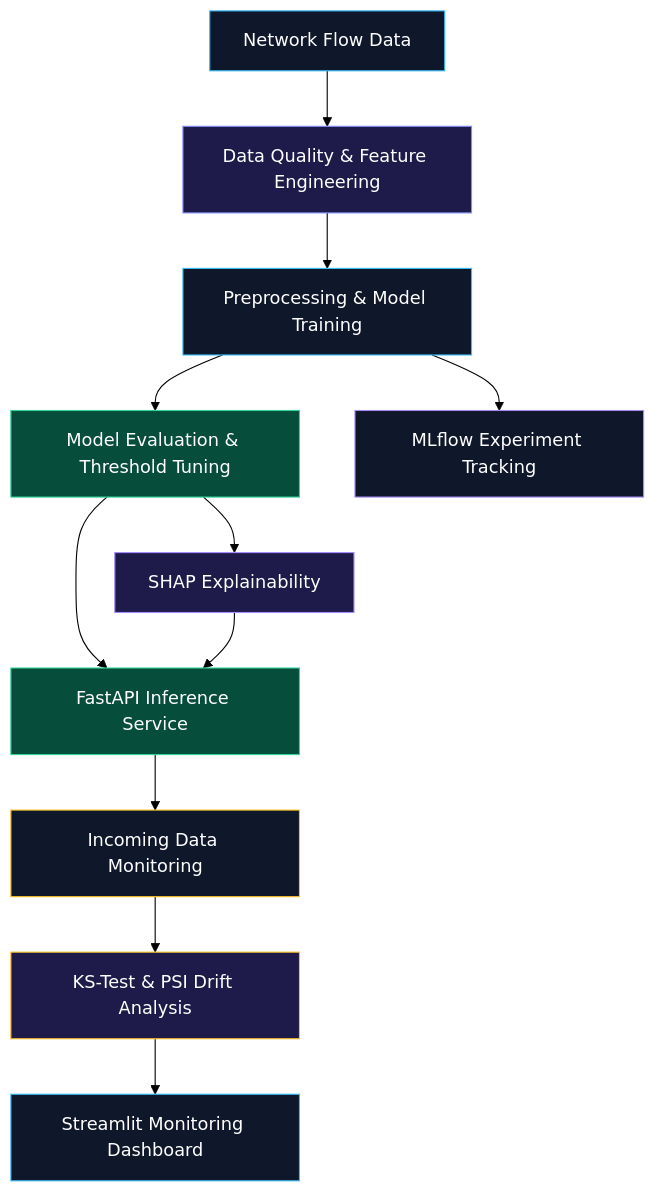
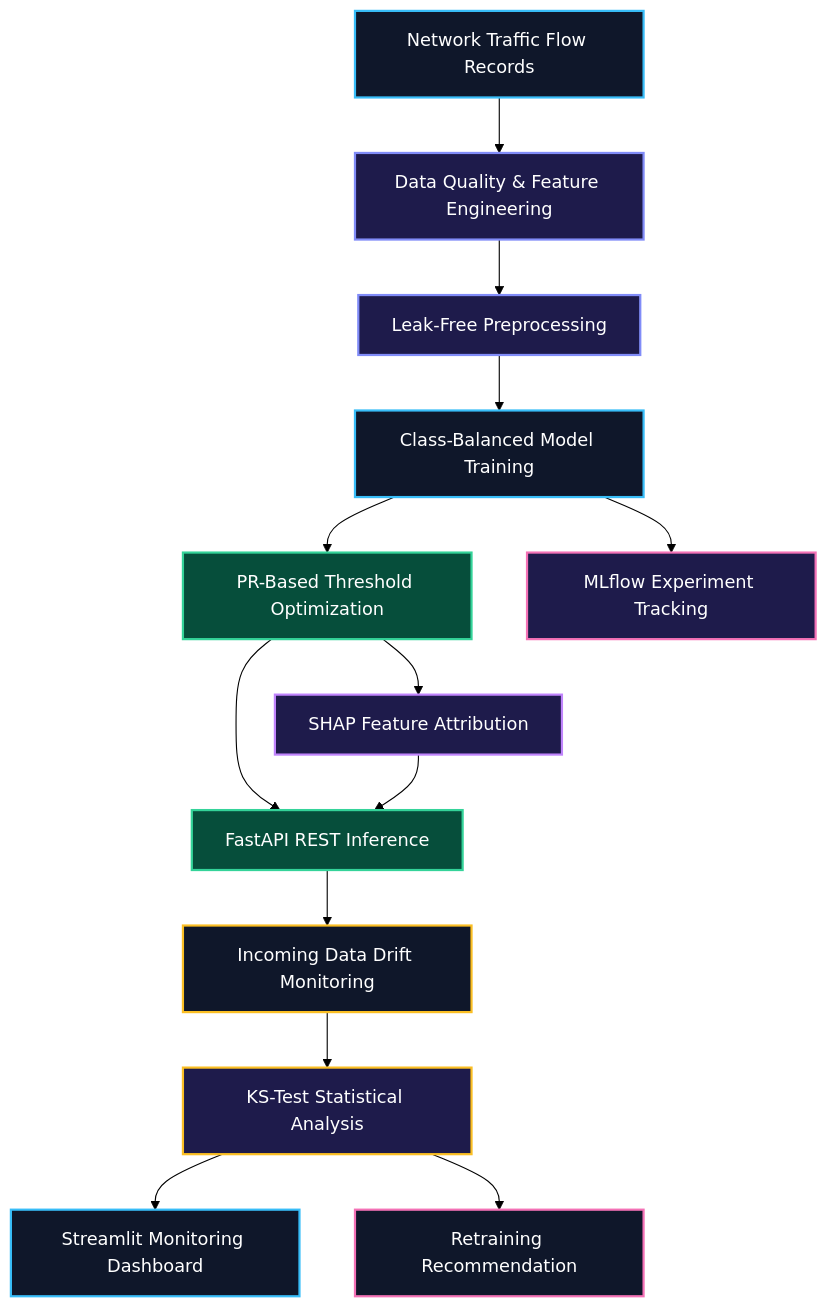
The diagram in README.md (Aditya70-creator/SentinelML), drawn with Mermaid (forest theme) before and after one commit. The commit also changed other lines of this file, not shown here.

````diff
--- a/README.md
+++ b/README.md
@@ -45,24 +49,28 @@
 ```mermaid
 flowchart TD
-    A["Network Flow Data"] --> B["Data Quality & Feature Engineering"]
-    B --> C["Preprocessing & Model Training"]
-    C --> D["Model Evaluation & Threshold Tuning"]
-    C --> I["MLflow Experiment Tracking"]
-    D --> E["SHAP Explainability"]
-    D --> F["FastAPI Inference Service"]
-    E --> F
-    F --> G["Incoming Data Monitoring"]
-    G --> H["KS-Test & PSI Drift Analysis"]
-    H --> J["Streamlit Monitoring Dashboard"]
+    A["Network Traffic Flow Records"] --> B["Data Quality & Feature Engineering"]
+    B --> C["Leak-Free Preprocessing"]
+    C --> D["Class-Balanced Model Training"]
+    D --> E["PR-Based Threshold Optimization"]
+    D --> H["MLflow Experiment Tracking"]
+    E --> F["SHAP Feature Attribution"]
+    E --> G["FastAPI REST Inference"]
+    F --> G
+    G --> I["Incoming Data Drift Monitoring"]
+    I --> J["KS-Test Statistical Analysis"]
+    J --> K["Streamlit Monitoring Dashboard"]
+    J --> L["Retraining Recommendation"]
 
-    style A fill:#0f172a,stroke:#38bdf8,color:#ffffff
-    style B fill:#1e1b4b,stroke:#818cf8,color:#ffffff
-    style C fill:#0f172a,stroke:#38bdf8,color:#ffffff
-    style D fill:#064e3b,stroke:#34d399,color:#ffffff
-    style E fill:#1e1b4b,stroke:#a78bfa,color:#ffffff
-    style F fill:#064e3b,stroke:#34d399,color:#ffffff
-    style G fill:#0f172a,stroke:#fbbf24,color:#ffffff
-    style H fill:#1e1b4b,stroke:#fbbf24,color:#ffffff
-    style I fill:#0f172a,stroke:#a78bfa,color:#ffffff
-    style J fill:#0f172a,stroke:#38bdf8,color:#ffffff
+    style A fill:#0f172a,stroke:#38bdf8,stroke-width:2px,color:#ffffff
+    style B fill:#1e1b4b,stroke:#818cf8,stroke-width:2px,color:#ffffff
+    style C fill:#1e1b4b,stroke:#818cf8,stroke-width:2px,color:#ffffff
+    style D fill:#0f172a,stroke:#38bdf8,stroke-width:2px,color:#ffffff
+    style E fill:#064e3b,stroke:#34d399,stroke-width:2px,color:#ffffff
+    style F fill:#1e1b4b,stroke:#c084fc,stroke-width:2px,color:#ffffff
+    style G fill:#064e3b,stroke:#34d399,stroke-width:2px,color:#ffffff
+    style H fill:#1e1b4b,stroke:#f472b6,stroke-width:2px,color:#ffffff
+    style I fill:#0f172a,stroke:#fbbf24,stroke-width:2px,color:#ffffff
+    style J fill:#1e1b4b,stroke:#fbbf24,stroke-width:2px,color:#ffffff
+    style K fill:#0f172a,stroke:#38bdf8,stroke-width:2px,color:#ffffff
+    style L fill:#0f172a,stroke:#f472b6,stroke-width:2px,color:#ffffff
 ```
````
